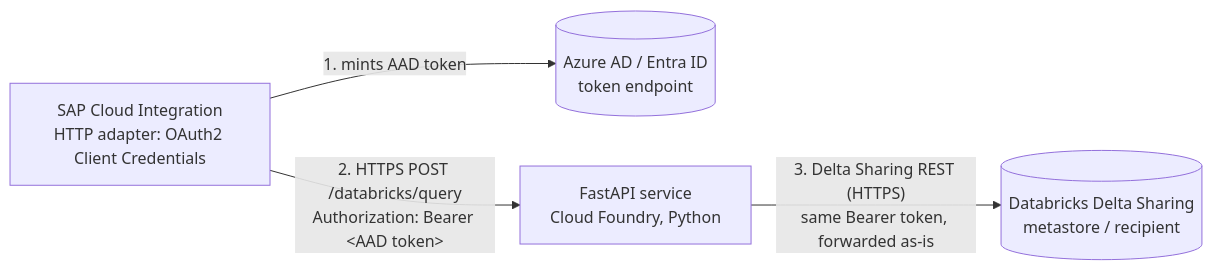
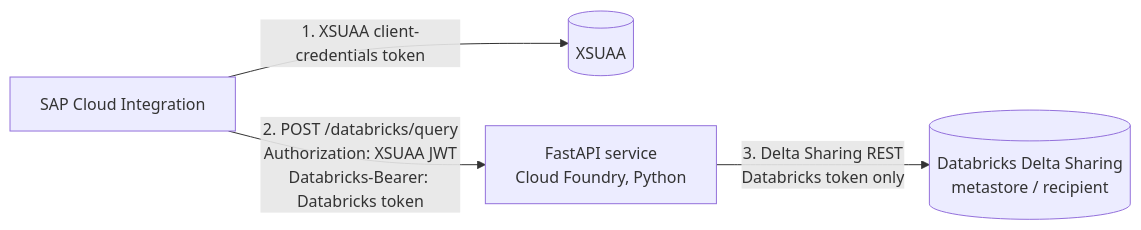
The diagram in README.md (devstylator/btp_databricks_proxy), drawn with Mermaid before and after one commit. The commit also changed other lines of this file and 11 other files, not shown here.

````diff
--- a/README.md
+++ b/README.md
@@ -33,6 +29,6 @@
 ```mermaid
 flowchart LR
-    CI[SAP Cloud Integration<br/>HTTP adapter: OAuth2 Client Credentials] -- "1. mints AAD token" --> AAD[(Azure AD / Entra ID<br/>token endpoint)]
-    CI -- "2. HTTPS POST /databricks/query<br/>Authorization: Bearer &lt;AAD token&gt;" --> SRV[FastAPI service<br/>Cloud Foundry, Python]
-    SRV -- "3. Delta Sharing REST (HTTPS)<br/>same Bearer token, forwarded as-is" --> DBX[(Databricks Delta Sharing<br/>metastore / recipient)]
+    CI[SAP Cloud Integration] -- "1. XSUAA client-credentials token" --> XSUAA[(XSUAA)]
+    CI -- "2. POST /databricks/query<br/>Authorization: XSUAA JWT<br/>Databricks-Bearer: Databricks token" --> SRV[FastAPI service<br/>Cloud Foundry, Python]
+    SRV -- "3. Delta Sharing REST<br/>Databricks token only" --> DBX[(Databricks Delta Sharing<br/>metastore / recipient)]
 ```
````
